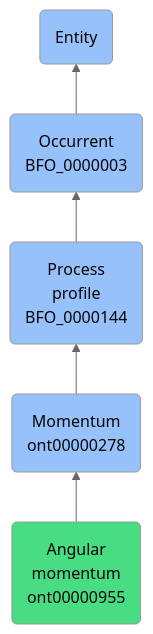
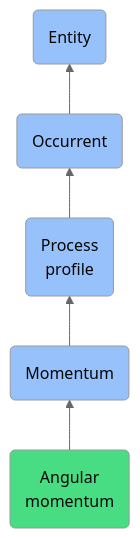
Before and after one commit to jupyter-naas/abi: the diagram in docs/ontology/reference/model/Entity/Occurrent/Process profile/Momentum/Angular momentum/Angular momentum.md, drawn with Mermaid (neutral theme). The commit also changed other lines of this file and 1430 other files, not shown here.

````diff
--- a/docs/ontology/reference/model/Entity/Occurrent/Process profile/Momentum/Angular momentum/Angular momentum.md
+++ b/docs/ontology/reference/model/Entity/Occurrent/Process profile/Momentum/Angular momentum/Angular momentum.md
@@ -24,12 +24,12 @@
 ```mermaid
 graph BT
-    ont00000955(Angular<br>momentum<br>ont00000955):::ABI-->ont00000278
-    ont00000278(Momentum<br>ont00000278):::BFO-->BFO_0000144
-    BFO_0000144(Process<br>profile<br>BFO_0000144):::BFO-->BFO_0000003
-    BFO_0000003(Occurrent<br>BFO_0000003):::BFO-->BFO_0000001
+    ont00000955(Angular<br>momentum):::ABI-->ont00000278
+    ont00000278(Momentum):::BFO-->BFO_0000144
+    BFO_0000144(Process<br>profile):::BFO-->BFO_0000003
+    BFO_0000003(Occurrent):::BFO-->BFO_0000001
     BFO_0000001(Entity):::BFO
     
     classDef BFO fill:#97c1fb,color:#060606
     classDef CCO fill:#e4c51e,color:#060606
     classDef ABI fill:#48DD82,color:#060606
 ```
````
